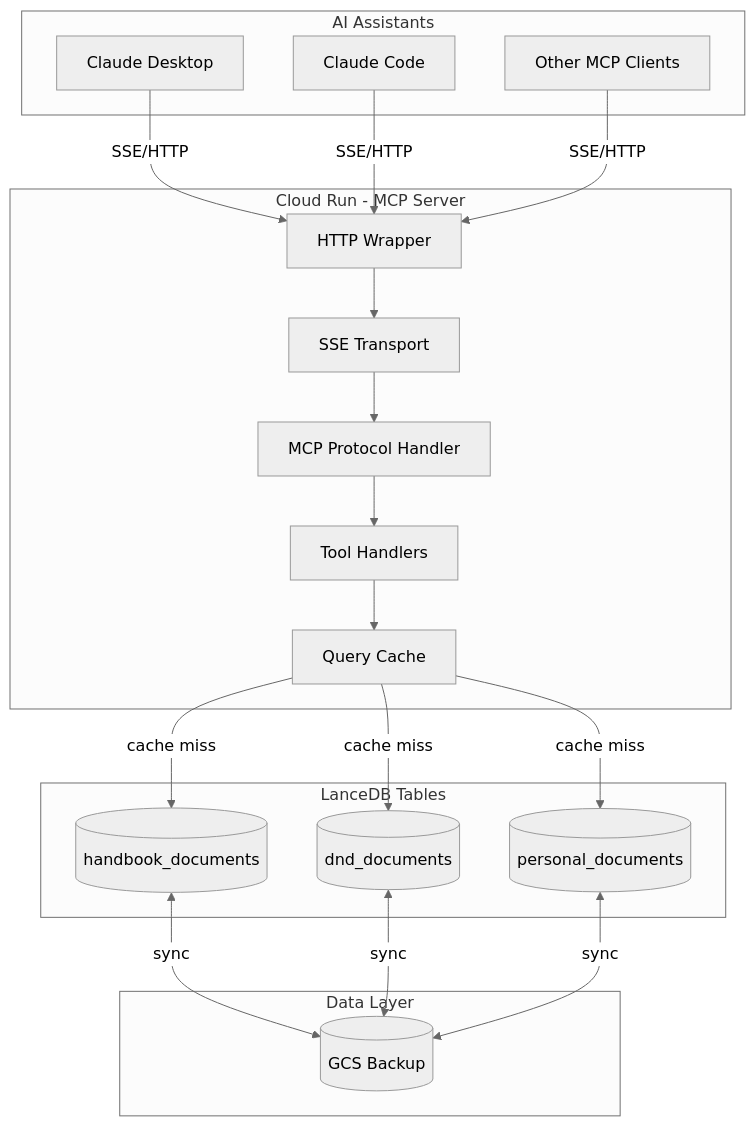
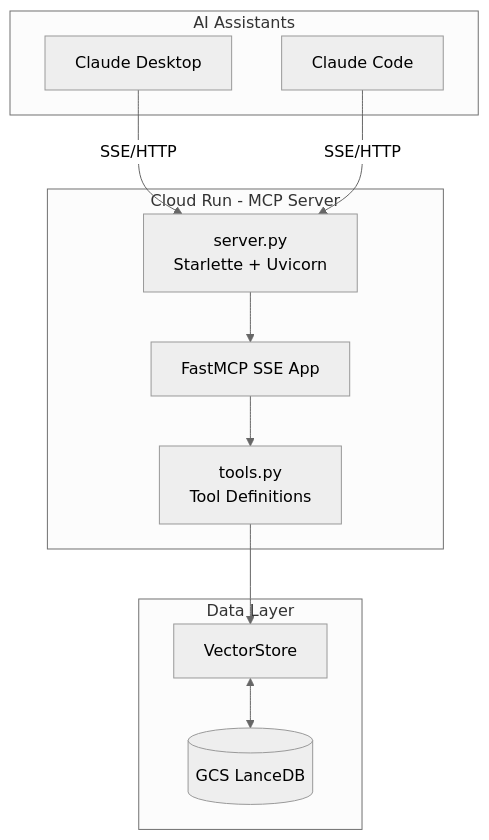
One commit to TheWinterShadow/Thoth changed the first of 2 diagrams in docs/source/architecture/mcp-server.md. Above: the diagram before and after it, drawn with Mermaid (neutral theme). The commit also changed other lines of this file and 17 other files, not shown here.

First line of the commit message:
Removes legacy server code and HTTP wrapper in favor of new MCP architecture

````diff
--- a/docs/source/architecture/mcp-server.md
+++ b/docs/source/architecture/mcp-server.md
@@ -15,34 +96,24 @@
 ```mermaid
 flowchart TB
     subgraph Clients["AI Assistants"]
         C1[Claude Desktop]
         C2[Claude Code]
-        C3[Other MCP Clients]
     end
 
     subgraph CloudRun["Cloud Run - MCP Server"]
-        HW[HTTP Wrapper]
-        SSE[SSE Transport]
-        MCP[MCP Protocol Handler]
-        TH[Tool Handlers]
-        CA[Query Cache]
-    end
-
-    subgraph Collections["LanceDB Tables"]
-        HB[(handbook_documents)]
-        DND[(dnd_documents)]
-        PER[(personal_documents)]
+        SRV[server.py<br/>Starlette + Uvicorn]
+        SSE[FastMCP SSE App]
+        TOOLS[tools.py<br/>Tool Definitions]
     end
 
     subgraph Storage["Data Layer"]
-        GCS[(GCS Backup)]
+        VS[VectorStore]
+        GCS[(GCS LanceDB)]
     end
 
-    C1 & C2 & C3 -->|SSE/HTTP| HW
-    HW --> SSE
-    SSE --> MCP
-    MCP --> TH
-    TH --> CA
-    CA -->|cache miss| HB & DND & PER
-    HB & DND & PER <-->|sync| GCS
+    C1 & C2 -->|SSE/HTTP| SRV
+    SRV --> SSE
+    SSE --> TOOLS
+    TOOLS --> VS
+    VS <--> GCS
 ```
````
